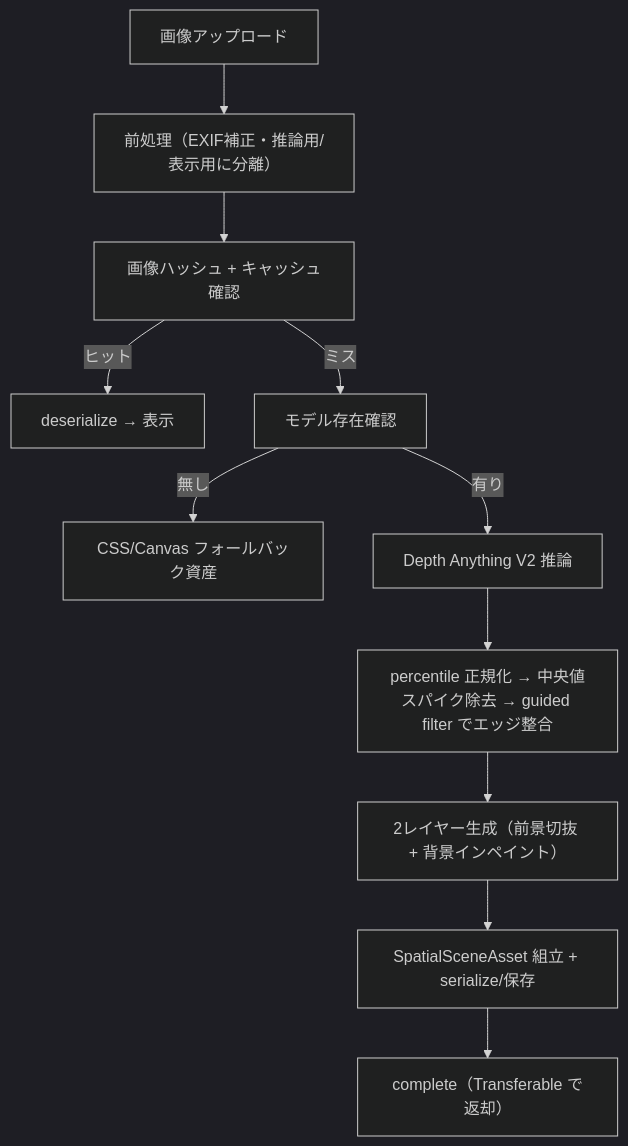
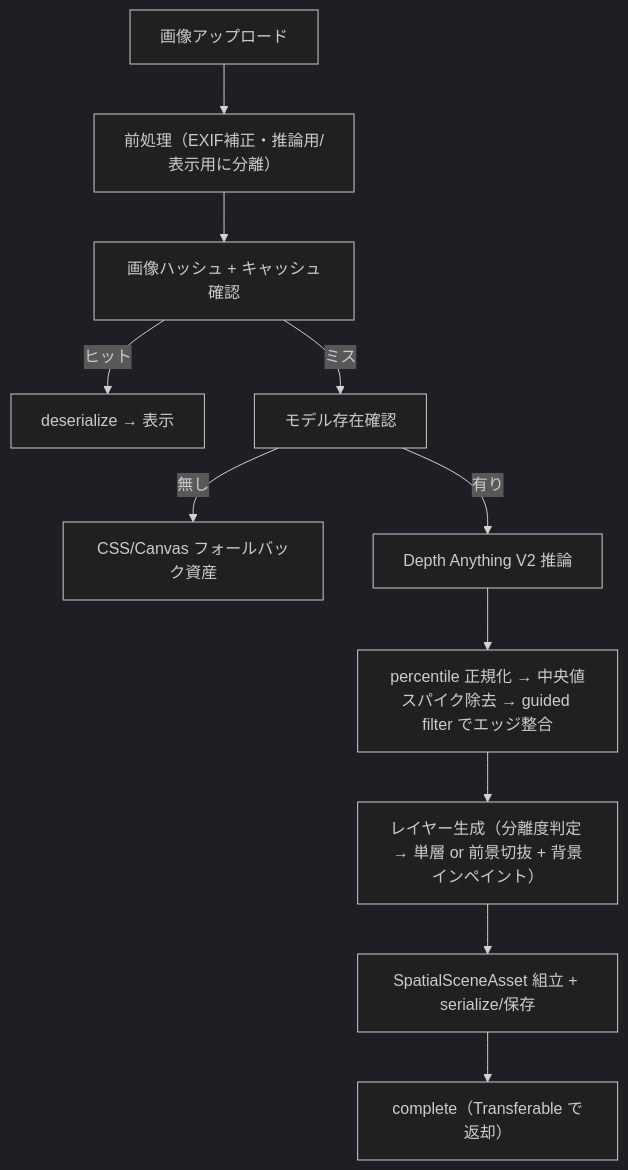
The first of 3 diagrams in docs/03-Pipeline.md (antaku66/parallax-image-generator), drawn with Mermaid before and after one commit. The commit also changed other lines of this file and 3 other files, not shown here.

````diff
--- a/docs/03-Pipeline.md
+++ b/docs/03-Pipeline.md
@@ -7,14 +7,14 @@
 ```mermaid
 %%{init: {'theme':'dark'}}%%
 flowchart TD
     A["画像アップロード"] --> B["前処理（EXIF補正・推論用/表示用に分離）"]
     B --> H["画像ハッシュ + キャッシュ確認"]
     H -->|ヒット| Z["deserialize → 表示"]
     H -->|ミス| C["モデル存在確認"]
     C -->|無し| F["CSS/Canvas フォールバック資産"]
     C -->|有り| D["Depth Anything V2 推論"]
     D --> E["percentile 正規化 → 中央値スパイク除去 → guided filter でエッジ整合"]
-    E --> G["2レイヤー生成（前景切抜 + 背景インペイント）"]
+    E --> G["レイヤー生成（分離度判定 → 単層 or 前景切抜 + 背景インペイント）"]
     G --> J["SpatialSceneAsset 組立 + serialize/保存"]
     J --> K["complete（Transferable で返却）"]
 ```
````
